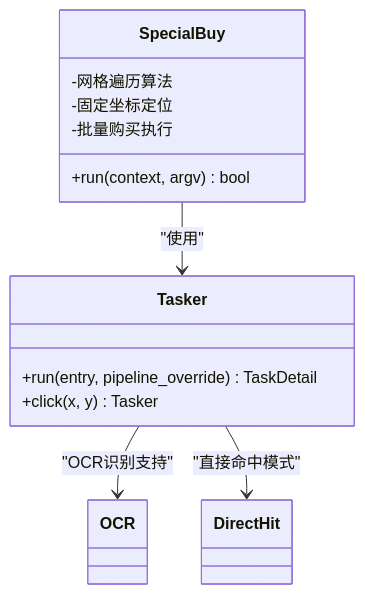
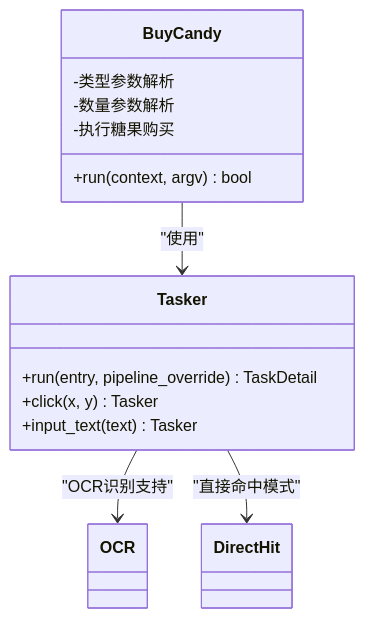
Before and after one commit to kqcoxn/MaaDuDuL: the ninth of 13 diagrams in .qoder/repowiki/zh/content/核心功能详解/日常任务功能/每日采购功能.md, drawn with Mermaid. The commit also changed other lines of this file and 9 other files, not shown here.

````diff
--- a/.qoder/repowiki/zh/content/核心功能详解/日常任务功能/每日采购功能.md
+++ b/.qoder/repowiki/zh/content/核心功能详解/日常任务功能/每日采购功能.md
@@ -385,16 +416,17 @@
 ```mermaid
 classDiagram
-class SpecialBuy {
+class BuyCandy {
 +run(context, argv) bool
--网格遍历算法
--固定坐标定位
--批量购买执行
+-类型参数解析
+-数量参数解析
+-执行糖果购买
 }
 class Tasker {
 +run(entry, pipeline_override) TaskDetail
 +click(x, y) Tasker
++input_text(text) Tasker
 }
-SpecialBuy --> Tasker : "使用"
+BuyCandy --> Tasker : "使用"
 Tasker --> OCR : "OCR识别支持"
 Tasker --> DirectHit : "直接命中模式"
 ```
````
